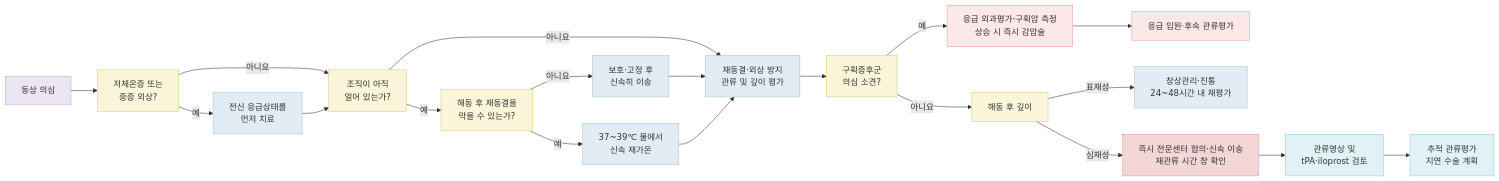
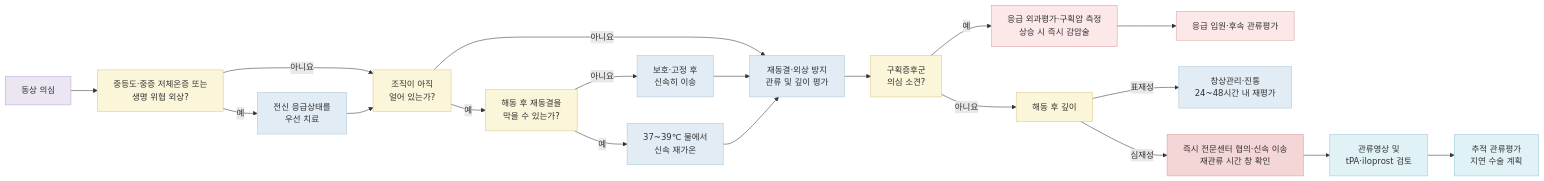
Before and after one commit to familyoh77/familyoh77: the diagram in 230_/208_-cold-injury.md, drawn with Mermaid. The commit also changed other lines of this file and 3 other files, not shown here.

````diff
--- a/230_/208_-cold-injury.md
+++ b/230_/208_-cold-injury.md
@@ -90,37 +90,37 @@
 ```mermaid
 flowchart LR
-    ROOT["동상 의심"] --> SYS["저체온증 또는<br/>중증 외상?"]
-    SYS -->|예| SYS_TX["전신 응급상태를<br/>먼저 치료"]
+    ROOT["동상 의심"] --> SYS["중등도·중증 저체온증 또는<br/>생명 위협 외상?"]
+    SYS -->|예| SYS_TX["전신 응급상태를<br/>우선 치료"]
     SYS -->|아니요| FROZEN["조직이 아직<br/>얼어 있는가?"]
     SYS_TX --> FROZEN
 
     FROZEN -->|아니요| PROTECT["재동결·외상 방지<br/>관류 및 깊이 평가"]
     FROZEN -->|예| REFREEZE["해동 후 재동결을<br/>막을 수 있는가?"]
     REFREEZE -->|아니요| TRANSFER["보호·고정 후<br/>신속히 이송"]
     REFREEZE -->|예| REWARM["37~39℃ 물에서<br/>신속 재가온"]
     TRANSFER --> PROTECT
     REWARM --> PROTECT
 
     PROTECT --> COMP["구획증후군<br/>의심 소견?"]
     COMP -->|아니요| SEV["해동 후 깊이"]
     COMP -->|예| PRESSURE["응급 외과평가·구획압 측정<br/>상승 시 즉시 감압술"]
     PRESSURE --> ADMIT["응급 입원·후속 관류평가"]
     SEV -->|표재성| SUPER["창상관리·진통<br/>24~48시간 내 재평가"]
     SEV -->|심재성| DEEP["즉시 전문센터 협의·신속 이송<br/>재관류 시간 창 확인"]
     DEEP --> PERF["관류영상 및<br/>tPA·iloprost 검토"]
     PERF --> FOLLOW["추적 관류평가<br/>지연 수술 계획"]
 
     classDef purple fill:#ECE6F2,stroke:#B8A7D4,stroke-width:1px;
     classDef yellow fill:#FBF6D9,stroke:#D6C785,stroke-width:1px;
     classDef blue fill:#E1ECF4,stroke:#A9C4D6,stroke-width:1px;
     classDef pink fill:#F5D6D6,stroke:#D99B9B,stroke-width:1px;
     classDef red fill:#FCE8E8,stroke:#E09E9E,stroke-width:1px;
     classDef cyan fill:#E1F2F7,stroke:#96C9D8,stroke-width:1px;
 
     class ROOT purple;
     class SYS,FROZEN,REFREEZE,SEV,COMP yellow;
     class SYS_TX,TRANSFER,REWARM,PROTECT,SUPER blue;
     class DEEP pink;
     class PRESSURE,ADMIT red;
     class PERF,FOLLOW cyan;
 ```
````
